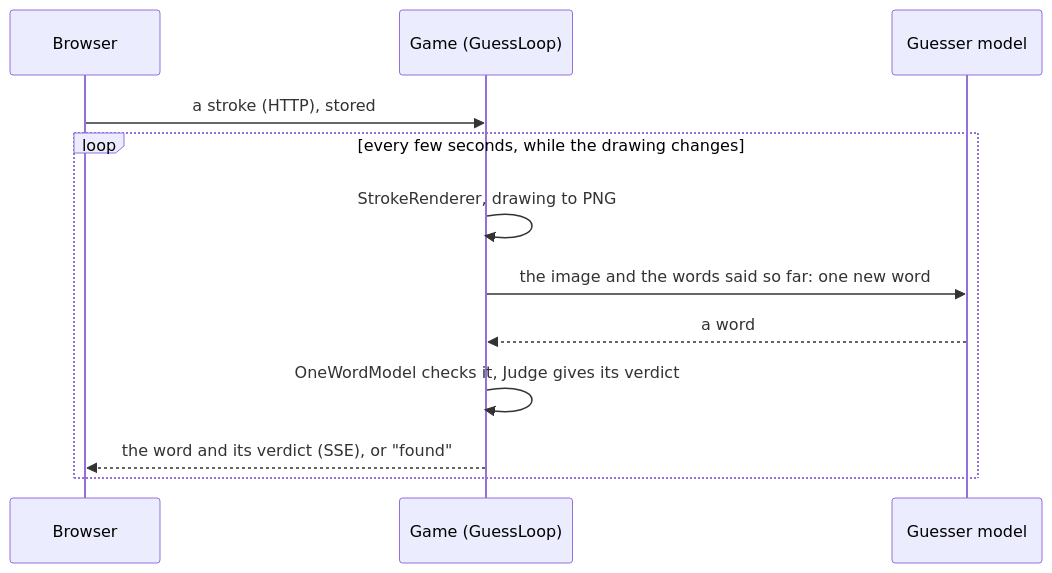
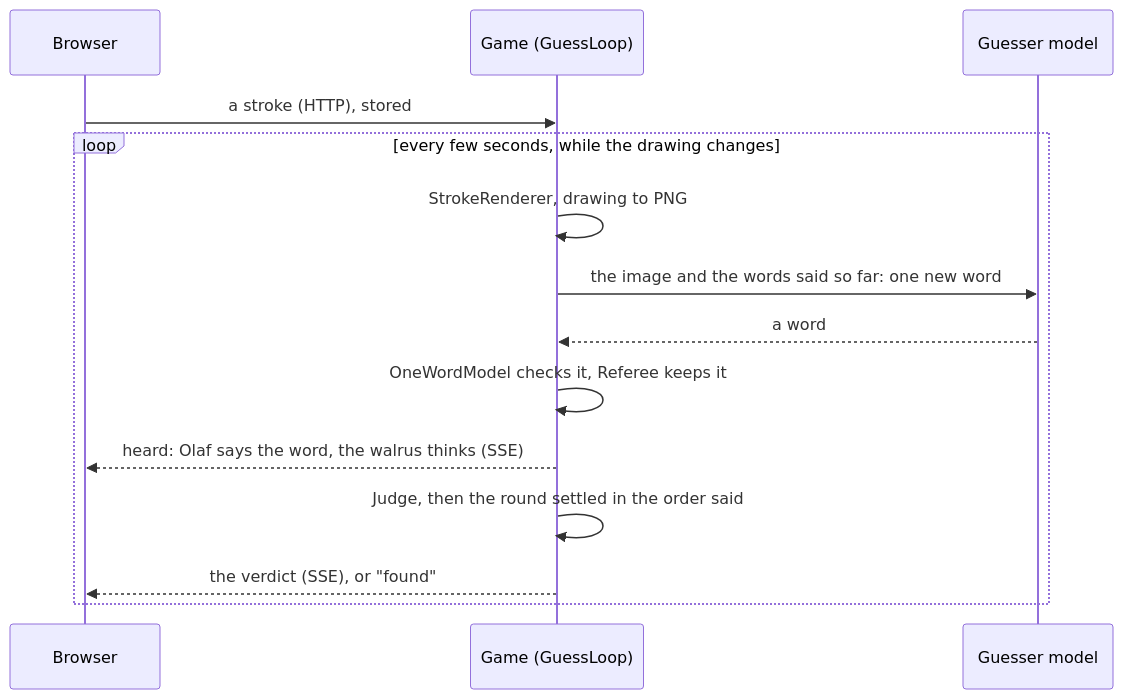
The third of 4 diagrams in docs/architecture.md (sowebdev/symfony-ai-hackathon-2026-draw-it-if-you-can), drawn with Mermaid before and after one commit. The commit also changed other lines of this file and 39 other files, not shown here.

First line of the commit message:
The referee's circuit: words settled in the order they were said, the walrus thinks aloud

````diff
--- a/docs/architecture.md
+++ b/docs/architecture.md
@@ -60,15 +63,17 @@
 ```mermaid
 sequenceDiagram
     participant B as Browser
     participant G as Game (GuessLoop)
     participant M as Guesser model
 
     B->>G: a stroke (HTTP), stored
     loop every few seconds, while the drawing changes
         G->>G: StrokeRenderer, drawing to PNG
         G->>M: the image and the words said so far: one new word
         M-->>G: a word
-        G->>G: OneWordModel checks it, Judge gives its verdict
-        G-->>B: the word and its verdict (SSE), or "found"
+        G->>G: OneWordModel checks it, Referee keeps it
+        G-->>B: heard: Olaf says the word, the walrus thinks (SSE)
+        G->>G: Judge, then the round settled in the order said
+        G-->>B: the verdict (SSE), or "found"
     end
 ```
````
